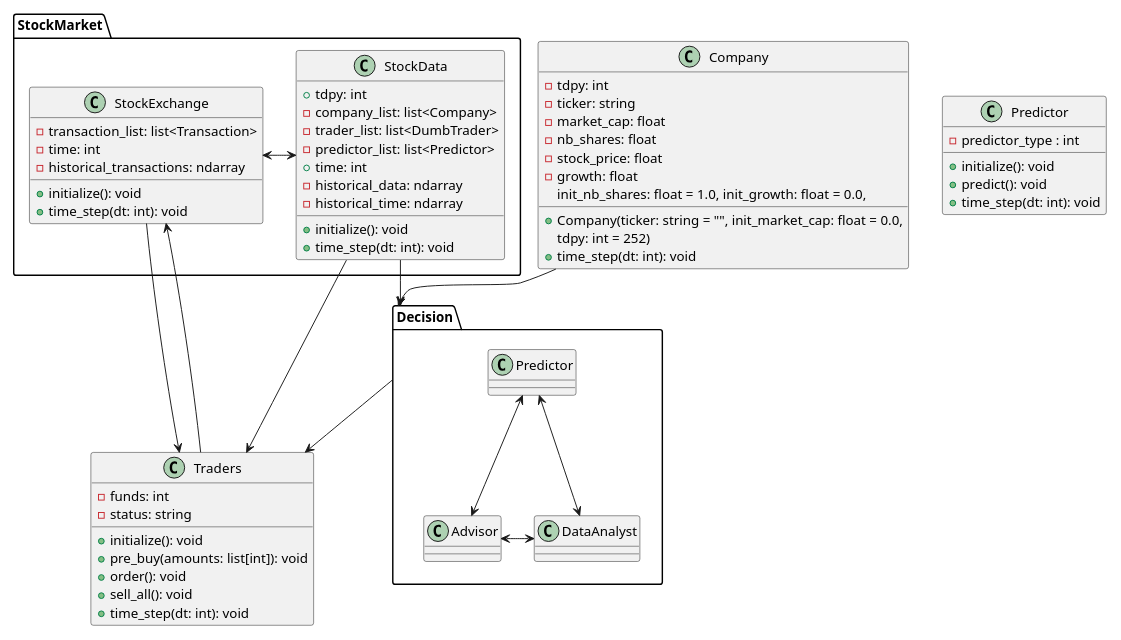
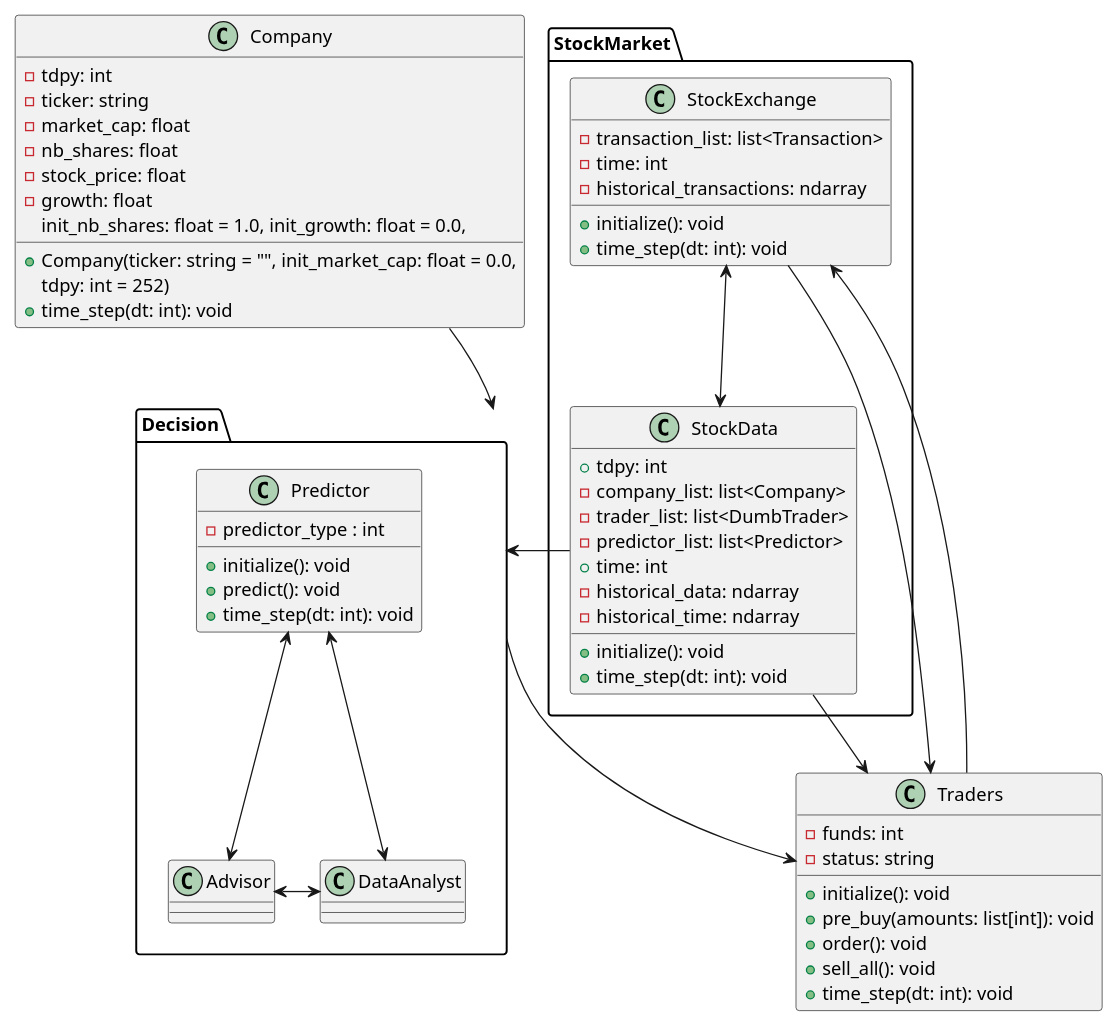
The diagram in map_v1.puml (Hermitpenguin/UML), drawn with PlantUML before and after one commit.

```diff
--- a/map_v1.puml
+++ b/map_v1.puml
@@ -1,74 +1,72 @@
 @startuml
 scale max 800*800
 class Company {
     - tdpy: int
     - ticker: string
     - market_cap: float
     - nb_shares: float
     - stock_price: float
     - growth: float
     + Company(ticker: string = "", init_market_cap: float = 0.0,
               init_nb_shares: float = 1.0, init_growth: float = 0.0,
               tdpy: int = 252)
     + time_step(dt: int): void
 }
 
 class Traders {
     - funds: int
     - status: string
     + initialize(): void
     + pre_buy(amounts: list[int]): void
     + order(): void
     + sell_all(): void
-    + time_step(dt: int): void
-}
-
-class Predictor {
-    - predictor_type : int
-    + initialize(): void
-    + predict(): void
     + time_step(dt: int): void
 }
 
 package StockMarket {
         class StockData {
         + tdpy: int
         - company_list: list<Company>
         - trader_list: list<DumbTrader>
         - predictor_list: list<Predictor>
         + time: int
         - historical_data: ndarray
         - historical_time: ndarray
         + initialize(): void
         + time_step(dt: int): void
         }
 
         class StockExchange
         {
         - transaction_list: list<Transaction>
         - time: int
         - historical_transactions: ndarray
         + initialize(): void
         + time_step(dt: int): void
     }
 }
 
 package Decision {
-    class Predictor
+    class Predictor {
+    - predictor_type : int
+    + initialize(): void
+    + predict(): void
+    + time_step(dt: int): void
+}
     class Advisor
     class DataAnalyst
 }
 
-StockMarket.StockExchange <-right-> StockMarket.StockData
-StockMarket.StockData --> Traders
-StockMarket.StockData --> Decision
-StockMarket.StockExchange --> Traders
-StockMarket.StockExchange <-- Traders
+StockMarket.StockExchange <--> StockMarket.StockData
+StockMarket.StockData -> Traders
+StockMarket.StockData -> Decision
+StockMarket.StockExchange -> Traders
+StockMarket.StockExchange <- Traders
 Company --> Decision
 Decision --> Traders
-Decision.Predictor <-right-> Decision.Advisor
-Decision.Predictor <-up-> Decision.DataAnalyst
+Decision.Predictor <--> Decision.Advisor
+Decision.Predictor <--> Decision.DataAnalyst
 Decision.Advisor <-> Decision.DataAnalyst
 
 
 @enduml
```
